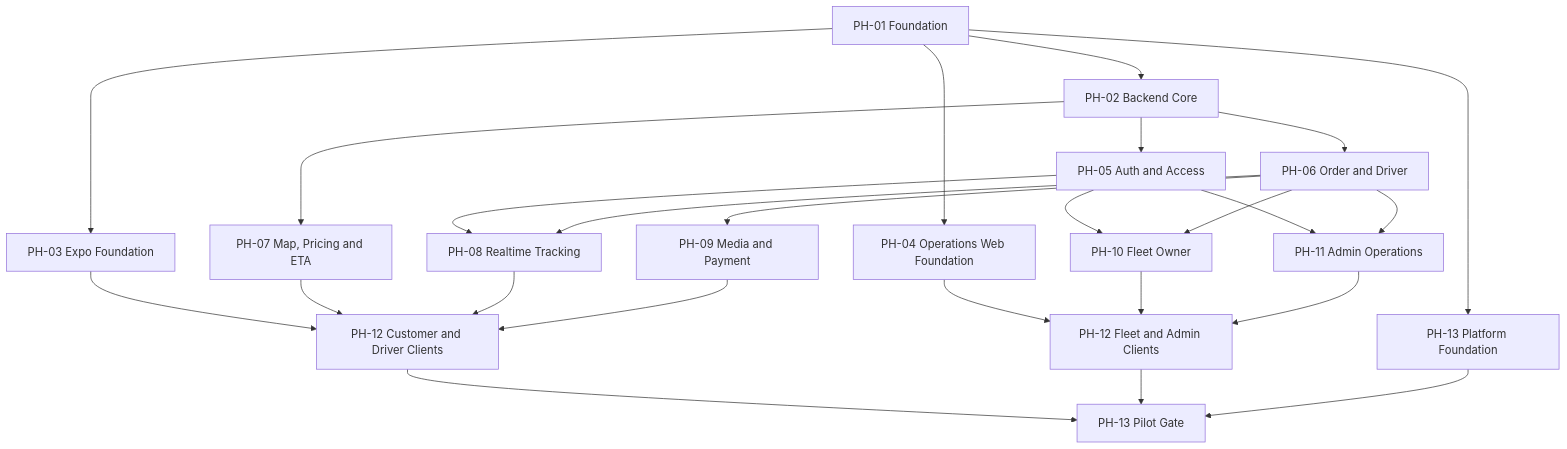
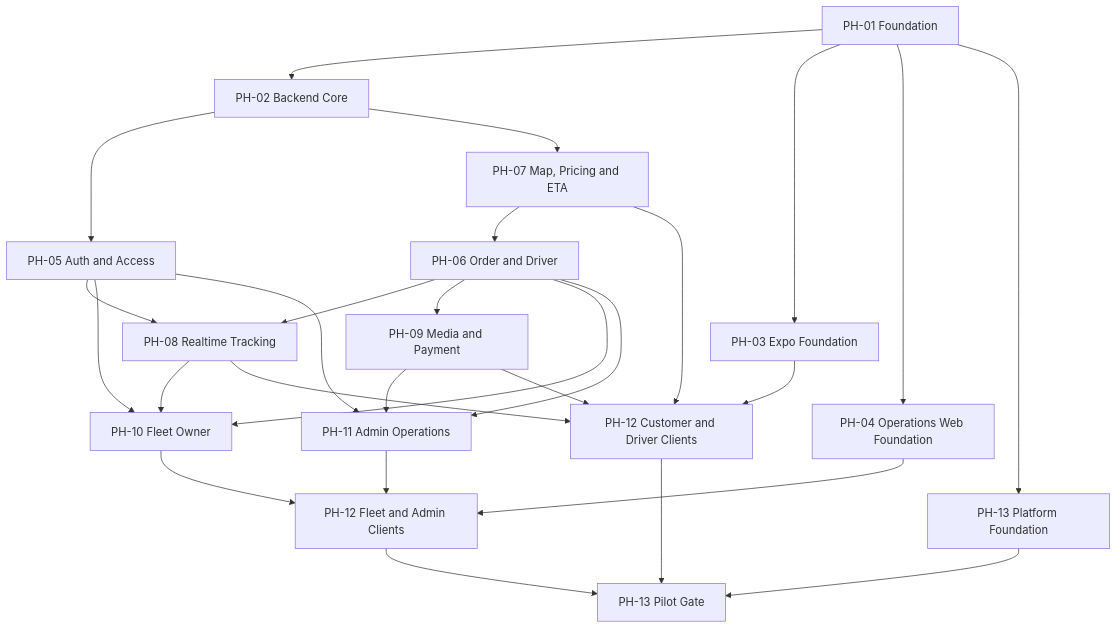
The diagram in docs/superpowers/plans/00-master-orchestration.md (truongcongtu318/leopard), drawn with Mermaid before and after one commit. The commit also changed other lines of this file and 18 other files, not shown here.

````diff
--- a/docs/superpowers/plans/00-master-orchestration.md
+++ b/docs/superpowers/plans/00-master-orchestration.md
@@ -39,27 +39,29 @@
 ```mermaid
 flowchart TD
   PH01["PH-01 Foundation"] --> PH02["PH-02 Backend Core"]
   PH01 --> PH03["PH-03 Expo Foundation"]
   PH01 --> PH04["PH-04 Operations Web Foundation"]
   PH01 --> PH13A["PH-13 Platform Foundation"]
   PH02 --> PH05["PH-05 Auth and Access"]
-  PH02 --> PH06["PH-06 Order and Driver"]
   PH02 --> PH07["PH-07 Map, Pricing and ETA"]
+  PH07 --> PH06["PH-06 Order and Driver"]
   PH05 --> PH08["PH-08 Realtime Tracking"]
   PH06 --> PH08
   PH06 --> PH09["PH-09 Media and Payment"]
   PH05 --> PH10["PH-10 Fleet Owner"]
   PH06 --> PH10
+  PH08 --> PH10
   PH05 --> PH11["PH-11 Admin Operations"]
   PH06 --> PH11
+  PH09 --> PH11
   PH03 --> PH12A["PH-12 Customer and Driver Clients"]
   PH07 --> PH12A
   PH08 --> PH12A
   PH09 --> PH12A
   PH04 --> PH12B["PH-12 Fleet and Admin Clients"]
   PH10 --> PH12B
   PH11 --> PH12B
   PH12A --> PH13B["PH-13 Pilot Gate"]
   PH12B --> PH13B
   PH13A --> PH13B
 ```
````
